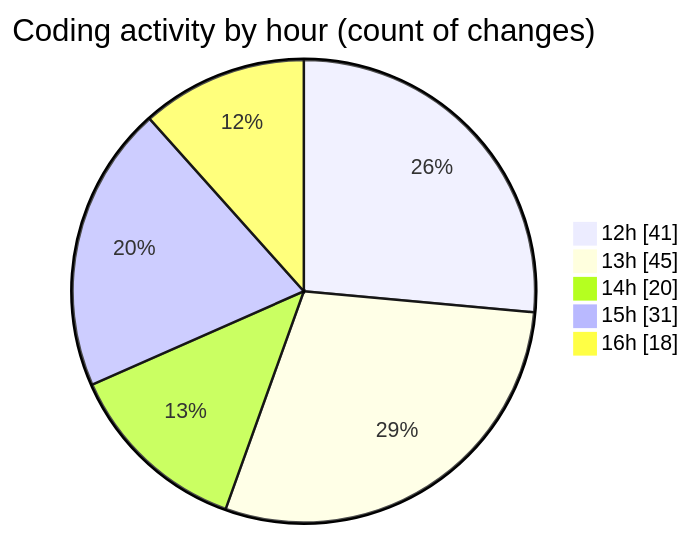
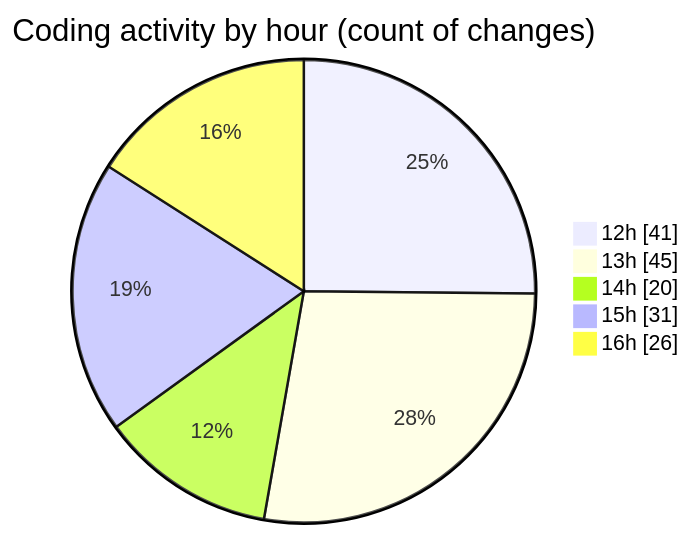
Before and after one commit to momahboobian/code-tracking: the second of 2 diagrams in 2025-12-02/cda/README.md, drawn with Mermaid. The commit also changed other lines of this file and 1 other file, not shown here.

````diff
--- a/2025-12-02/cda/README.md
+++ b/2025-12-02/cda/README.md
@@ -40,9 +40,9 @@
 ```mermaid
 pie showData
 title Coding activity by hour (count of changes)
 "12h" : 41
 "13h" : 45
 "14h" : 20
 "15h" : 31
-"16h" : 18
+"16h" : 26
 ```
````
